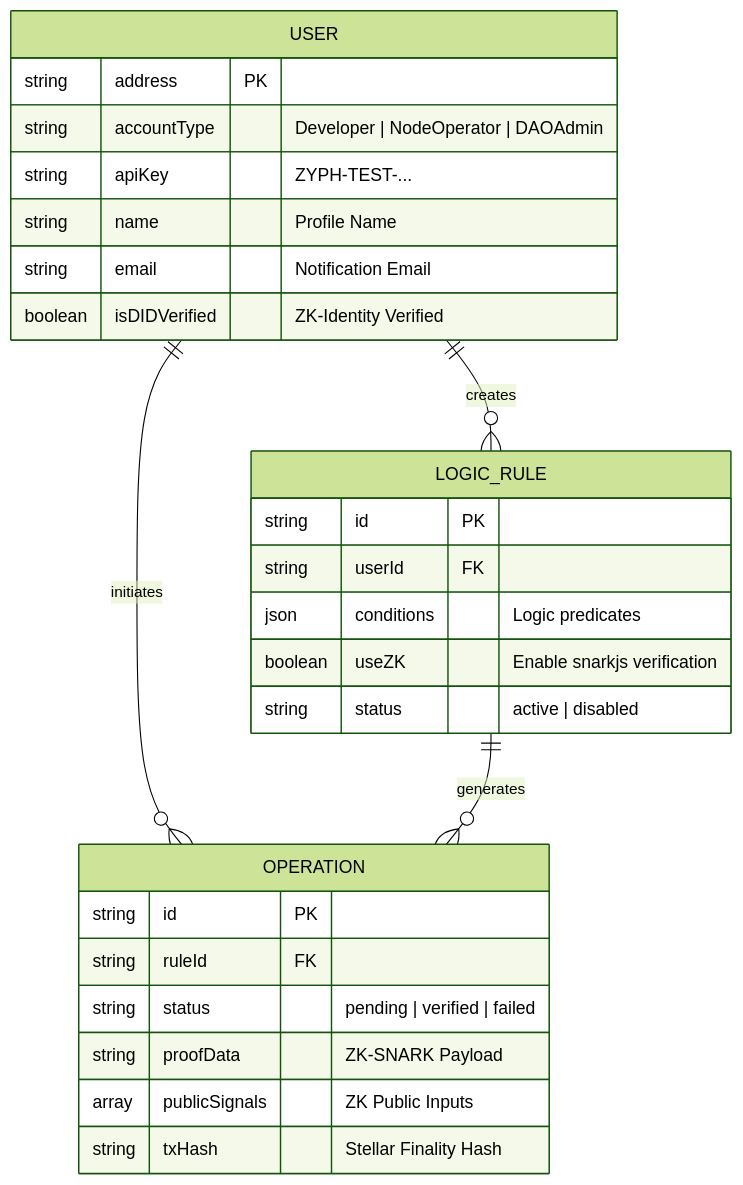
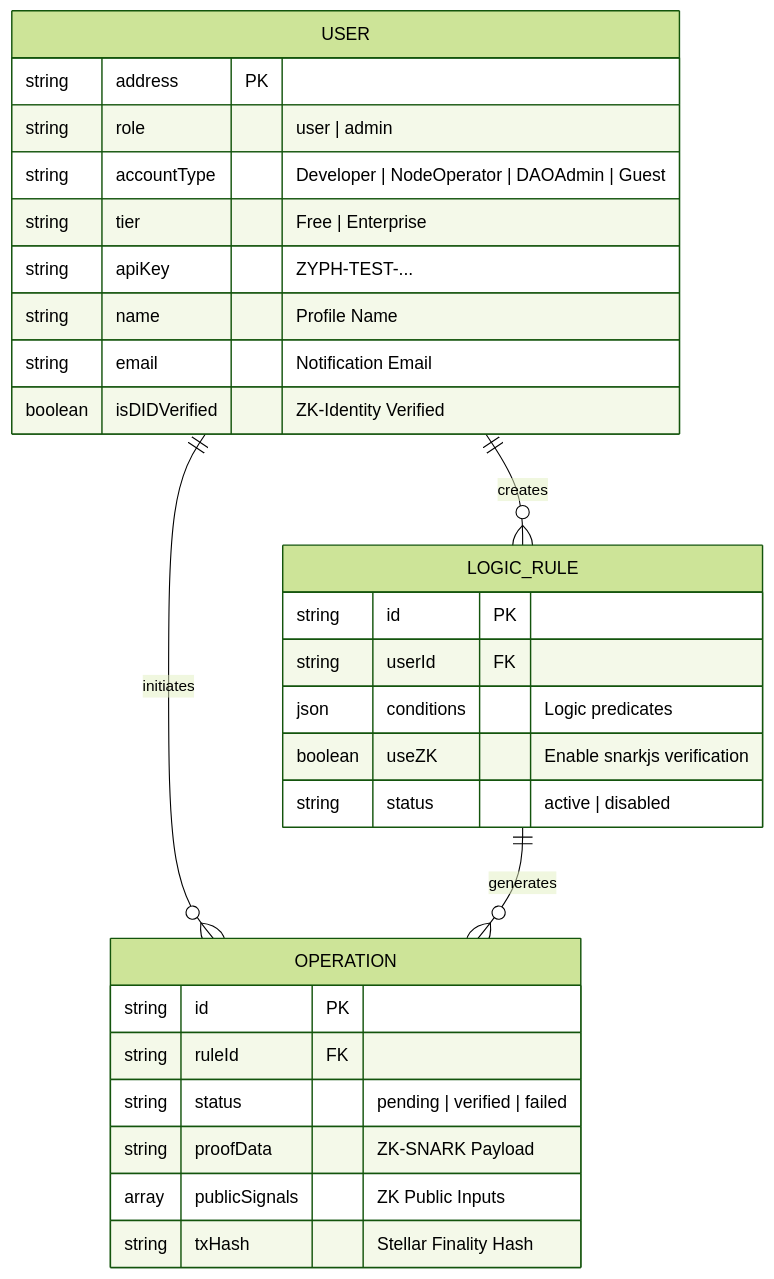
Before and after one commit to Pritam9078/ZYPHERION: the fourth of 6 diagrams in ARCHITECTURE.md, drawn with Mermaid (forest theme). The commit also changed other lines of this file and 23 other files, not shown here.

````diff
--- a/ARCHITECTURE.md
+++ b/ARCHITECTURE.md
@@ -120,32 +123,34 @@
 ```mermaid
 erDiagram
     USER ||--o{ LOGIC_RULE : creates
     USER ||--o{ OPERATION : initiates
     LOGIC_RULE ||--o{ OPERATION : generates
 
     USER {
         string  address       PK
-        string  accountType      "Developer | NodeOperator | DAOAdmin"
+        string  role             "user | admin"
+        string  accountType      "Developer | NodeOperator | DAOAdmin | Guest"
+        string  tier             "Free | Enterprise"
         string  apiKey           "ZYPH-TEST-..."
         string  name             "Profile Name"
         string  email            "Notification Email"
         boolean isDIDVerified    "ZK-Identity Verified"
     }
 
     LOGIC_RULE {
         string   id           PK
         string   userId       FK
         json     conditions       "Logic predicates"
         boolean  useZK            "Enable snarkjs verification"
         string   status           "active | disabled"
     }
 
     OPERATION {
         string   id           PK
         string   ruleId       FK
         string   status           "pending | verified | failed"
         string   proofData        "ZK-SNARK Payload"
         array    publicSignals    "ZK Public Inputs"
         string   txHash           "Stellar Finality Hash"
     }
 ```
````
